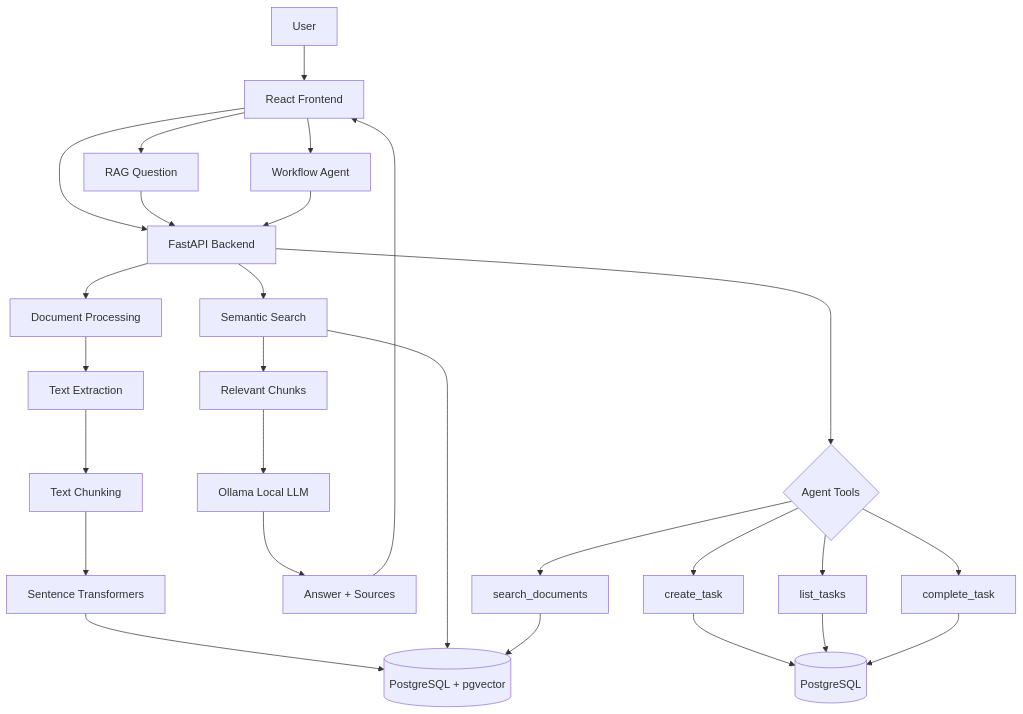
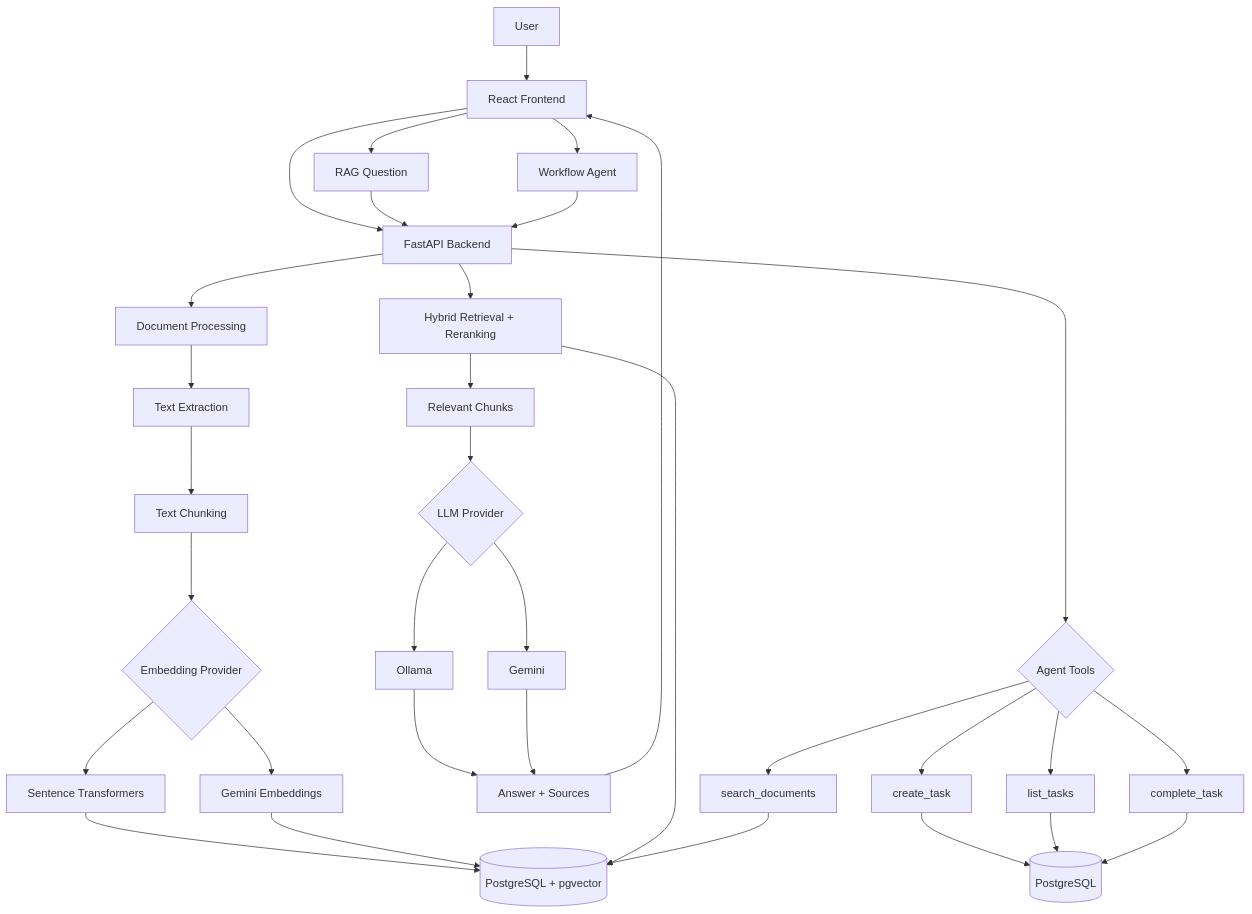
One commit to ByCur/ai-knowledge-workflow-assistant changed the diagram in README.md. Above: the diagram before and after it, drawn with Mermaid. The commit also changed other lines of this file, not shown here.

Commit message:
Update README for cloud and local AI architecture

````diff
--- a/README.md
+++ b/README.md
@@ -104,36 +104,42 @@
 ```mermaid
 flowchart TD
     U[User] --> F[React Frontend]
 
     F --> API[FastAPI Backend]
 
     API --> DOC[Document Processing]
     DOC --> EXT[Text Extraction]
     EXT --> CHUNK[Text Chunking]
 
-    CHUNK --> EMB[Sentence Transformers]
-    EMB --> VECTOR[(PostgreSQL + pgvector)]
+    CHUNK --> EMB{Embedding Provider}
+    EMB --> LOCAL_EMB[Sentence Transformers]
+    EMB --> GEMINI_EMB[Gemini Embeddings]
+    LOCAL_EMB --> VECTOR[(PostgreSQL + pgvector)]
+    GEMINI_EMB --> VECTOR
 
     F --> RAG[RAG Question]
     RAG --> API
-    API --> SEARCH[Semantic Search]
+    API --> SEARCH[Hybrid Retrieval + Reranking]
     SEARCH --> VECTOR
     SEARCH --> CONTEXT[Relevant Chunks]
-    CONTEXT --> LLM[Ollama Local LLM]
-    LLM --> ANSWER[Answer + Sources]
+    CONTEXT --> LLM{LLM Provider}
+    LLM --> OLLAMA[Ollama]
+    LLM --> GEMINI[Gemini]
+    OLLAMA --> ANSWER[Answer + Sources]
+    GEMINI --> ANSWER
     ANSWER --> F
 
     F --> AGENT[Workflow Agent]
     AGENT --> API
     API --> TOOLS{Agent Tools}
 
     TOOLS --> SEARCHDOC[search_documents]
     TOOLS --> CREATETASK[create_task]
     TOOLS --> LISTTASKS[list_tasks]
     TOOLS --> COMPLETETASK[complete_task]
 
     SEARCHDOC --> VECTOR
     CREATETASK --> DB[(PostgreSQL)]
     LISTTASKS --> DB
     COMPLETETASK --> DB
 ```
````
